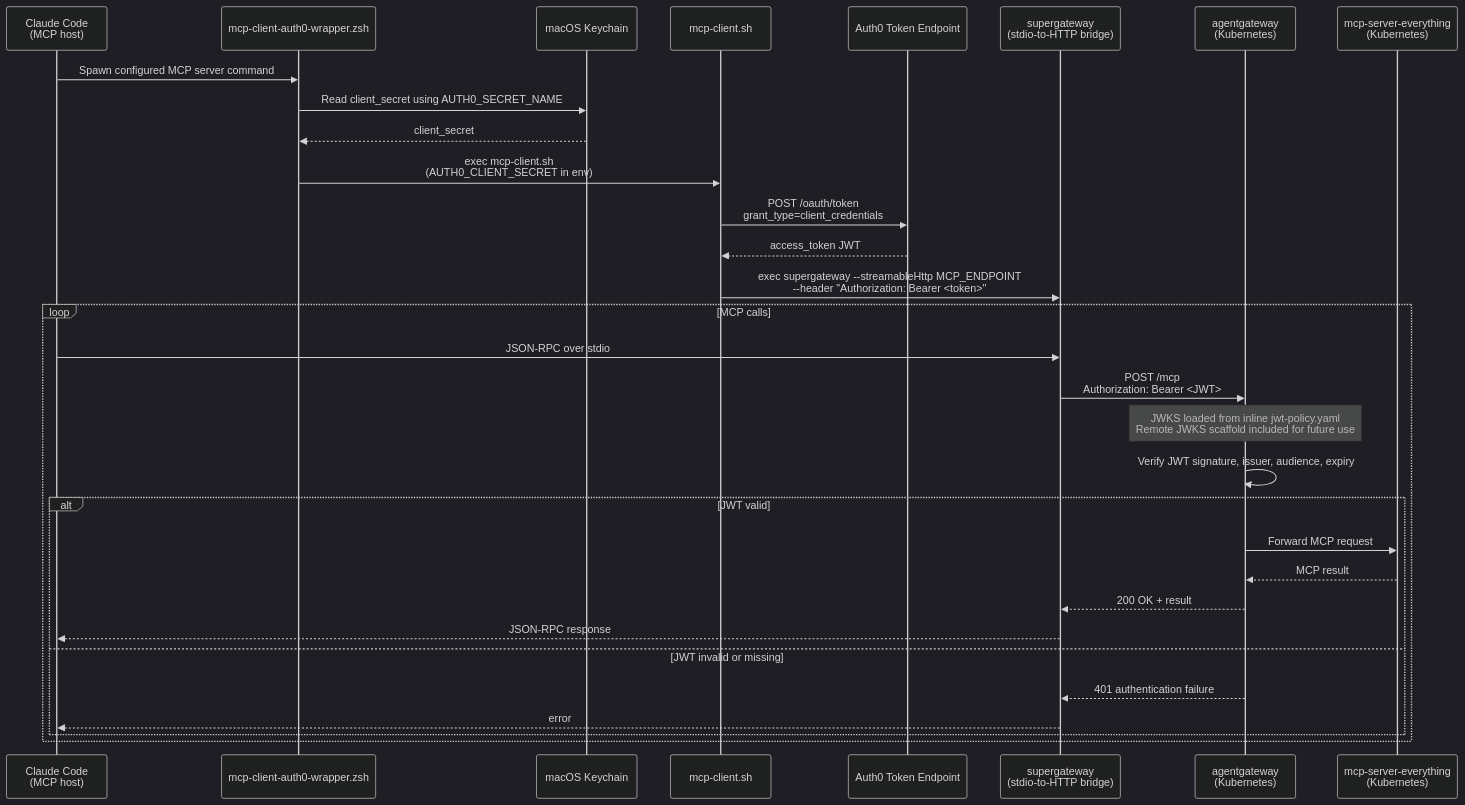
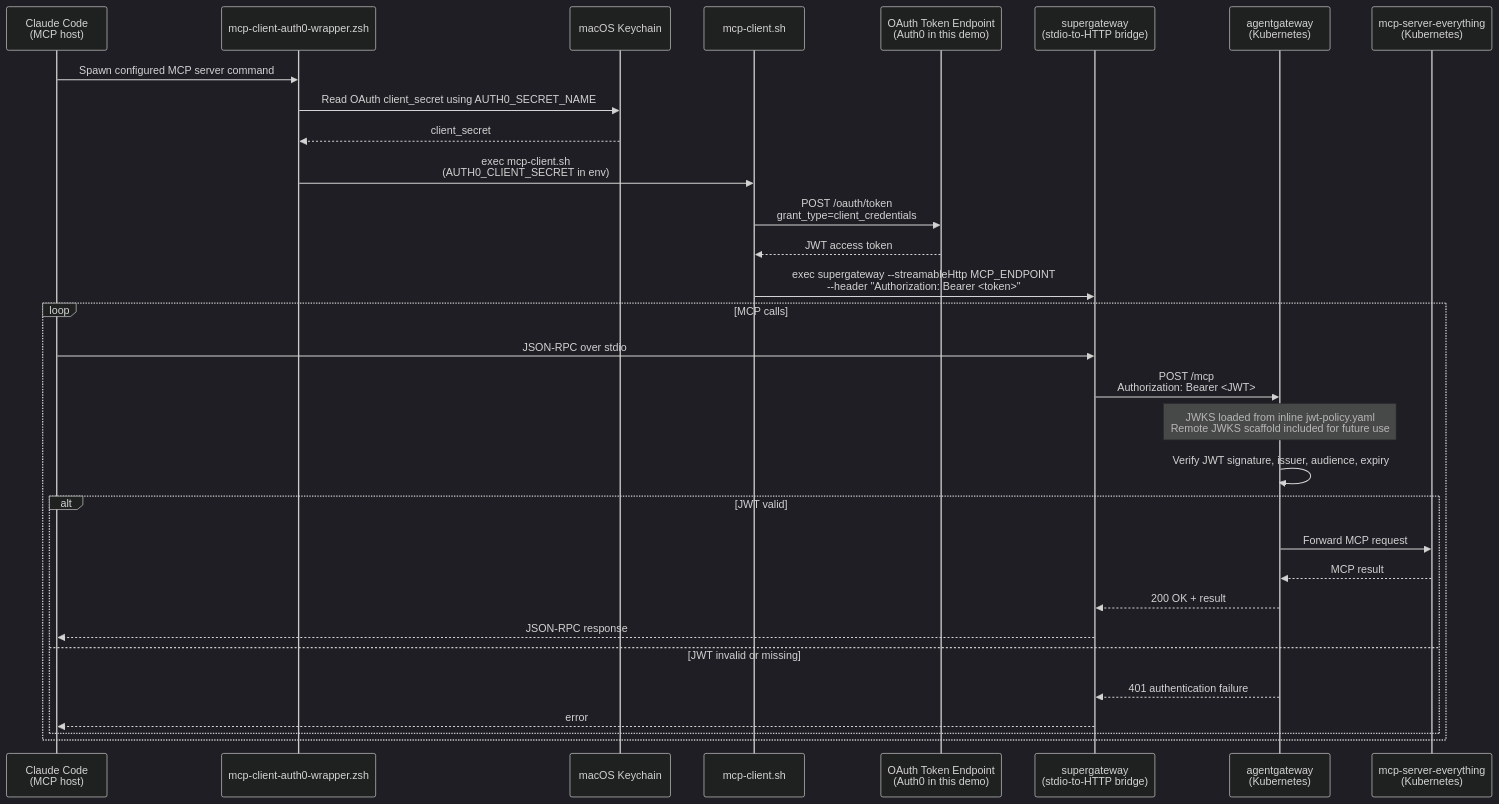
Before and after one commit to anthonyg-1/mcp-agentgateway-jwt-auth: the diagram in README.md, drawn with Mermaid (dark theme). The commit also changed other lines of this file, not shown here.

First line of the commit message:
Revise README for OAuth terminology and details

````diff
--- a/README.md
+++ b/README.md
@@ -52,37 +71,37 @@
 ```mermaid
 sequenceDiagram
     participant CC as Claude Code<br/>(MCP host)
     participant W as mcp-client-auth0-wrapper.zsh
     participant KC as macOS Keychain
     participant S as mcp-client.sh
-    participant A0 as Auth0 Token Endpoint
+    participant A0 as OAuth Token Endpoint<br/>(Auth0 in this demo)
     participant SG as supergateway<br/>(stdio-to-HTTP bridge)
     participant AG as agentgateway<br/>(Kubernetes)
     participant MS as mcp-server-everything<br/>(Kubernetes)
 
     CC->>W: Spawn configured MCP server command
-    W->>KC: Read client_secret using AUTH0_SECRET_NAME
+    W->>KC: Read OAuth client_secret using AUTH0_SECRET_NAME
     KC-->>W: client_secret
     W->>S: exec mcp-client.sh<br/>(AUTH0_CLIENT_SECRET in env)
 
     S->>A0: POST /oauth/token<br/>grant_type=client_credentials
-    A0-->>S: access_token JWT
+    A0-->>S: JWT access token
 
     S->>SG: exec supergateway --streamableHttp MCP_ENDPOINT<br/>--header "Authorization: Bearer <token>"
 
     loop MCP calls
         CC->>SG: JSON-RPC over stdio
         SG->>AG: POST /mcp<br/>Authorization: Bearer <JWT>
         Note over AG: JWKS loaded from inline jwt-policy.yaml<br/>Remote JWKS scaffold included for future use
         AG->>AG: Verify JWT signature, issuer, audience, expiry
         alt JWT valid
             AG->>MS: Forward MCP request
             MS-->>AG: MCP result
             AG-->>SG: 200 OK + result
             SG-->>CC: JSON-RPC response
         else JWT invalid or missing
             AG-->>SG: 401 authentication failure
             SG-->>CC: error
         end
     end
 ```
````
